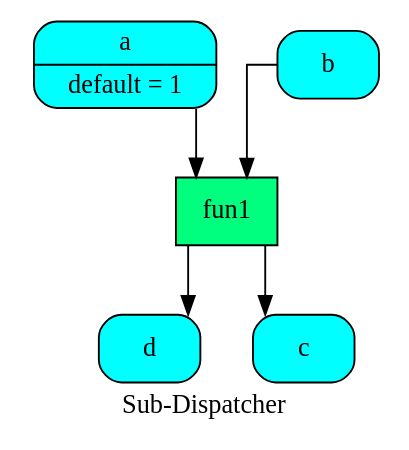
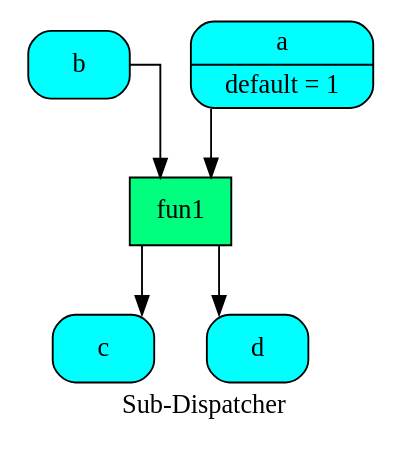
One commit to vinci1it2000/schedula changed the diagram in doc/source/dispatcher/__init__/get_sub_dsp_from_workflow/sub_dsp1.dot. Above: the diagram before and after it, drawn with Graphviz. The commit also changed 23 other files, not shown here.

```diff
--- a/doc/source/dispatcher/__init__/get_sub_dsp_from_workflow/sub_dsp1.dot
+++ b/doc/source/dispatcher/__init__/get_sub_dsp_from_workflow/sub_dsp1.dot
@@ -1,15 +1,15 @@
 digraph "Sub-Dispatcher" {
 	graph [ratio=1]
 	node [style=filled]
 	label = "Sub-Dispatcher"
 	splines = ortho
-		"Sub-Dispatcher_-1353340929889452664" [label="{ a | default = 1 }" fillcolor=cyan shape=Mrecord]
-		"Sub-Dispatcher_7224607962633671560" [label="{ b  }" fillcolor=cyan shape=Mrecord]
-		"Sub-Dispatcher_-5912537819166218321" [label="{ d  }" fillcolor=cyan shape=Mrecord]
-		"Sub-Dispatcher_6900719114362863374" [label="{ c  }" fillcolor=cyan shape=Mrecord]
-		"Sub-Dispatcher_5541542959459987689" [label="{ fun1  }" fillcolor=springgreen shape=record]
-			"Sub-Dispatcher_-1353340929889452664" -> "Sub-Dispatcher_5541542959459987689"
-			"Sub-Dispatcher_7224607962633671560" -> "Sub-Dispatcher_5541542959459987689"
-			"Sub-Dispatcher_5541542959459987689" -> "Sub-Dispatcher_6900719114362863374"
-			"Sub-Dispatcher_5541542959459987689" -> "Sub-Dispatcher_-5912537819166218321"
+		"Sub-Dispatcher_3634755706586891528" [label="{ b  }" fillcolor=cyan shape=Mrecord]
+		"Sub-Dispatcher_7813220925901612792" [label="{ c  }" fillcolor=cyan shape=Mrecord]
+		"Sub-Dispatcher_-2531647229664915758" [label="{ fun1  }" fillcolor=springgreen shape=record]
+		"Sub-Dispatcher_-6038867426217595374" [label="{ d  }" fillcolor=cyan shape=Mrecord]
+		"Sub-Dispatcher_-6776210645888712586" [label="{ a | default = 1 }" fillcolor=cyan shape=Mrecord]
+			"Sub-Dispatcher_3634755706586891528" -> "Sub-Dispatcher_-2531647229664915758"
+			"Sub-Dispatcher_-2531647229664915758" -> "Sub-Dispatcher_7813220925901612792"
+			"Sub-Dispatcher_-2531647229664915758" -> "Sub-Dispatcher_-6038867426217595374"
+			"Sub-Dispatcher_-6776210645888712586" -> "Sub-Dispatcher_-2531647229664915758"
 }
```
